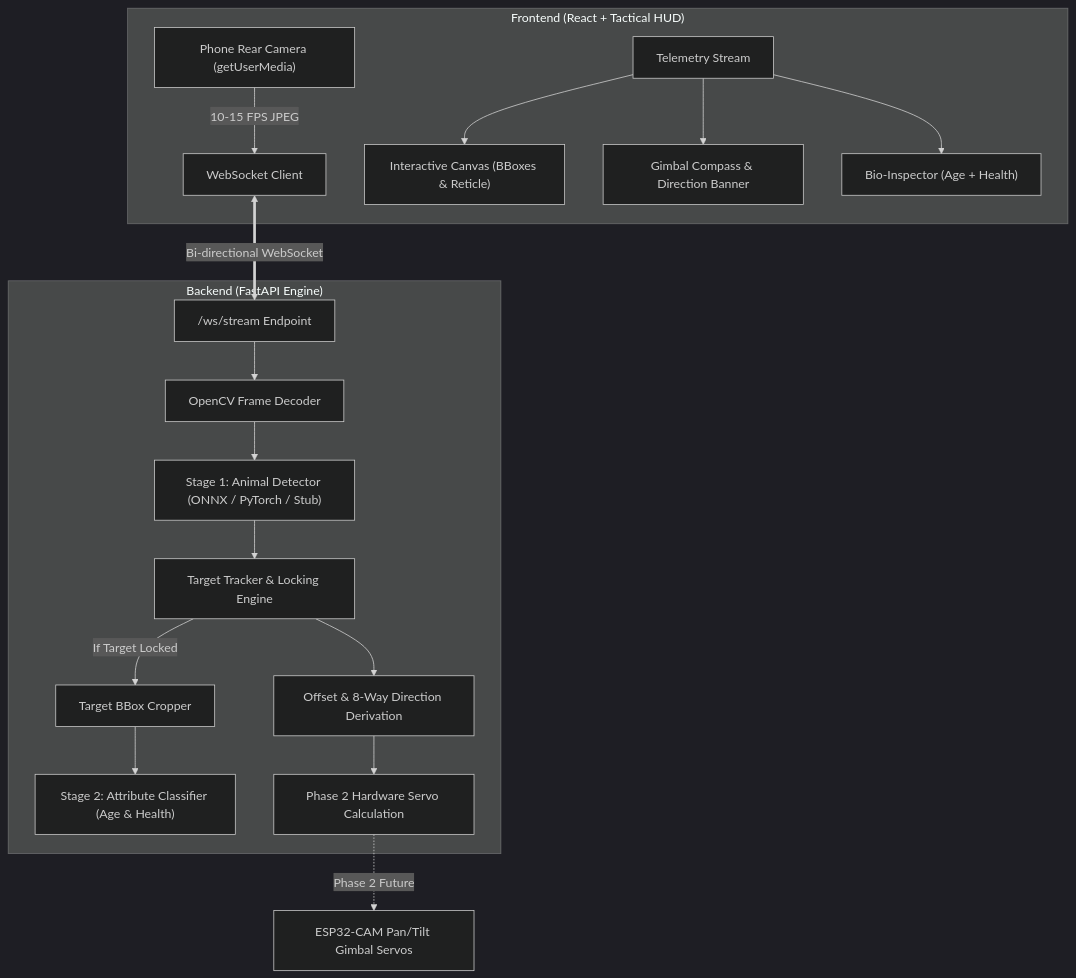
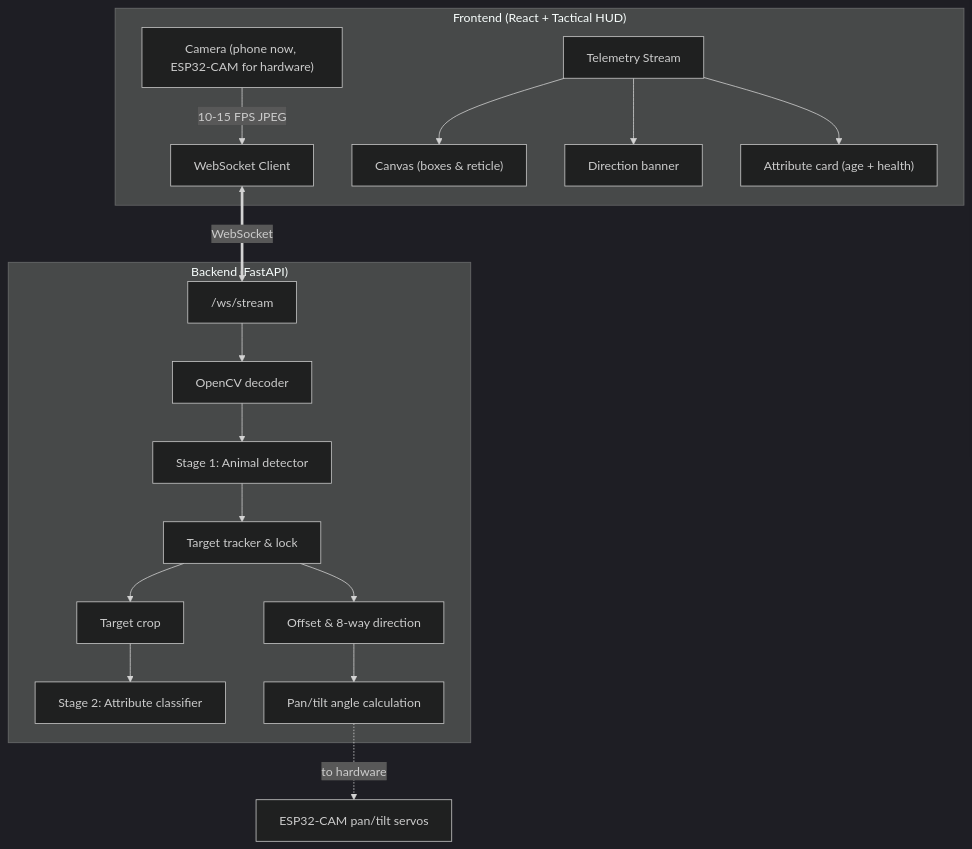
The diagram in README.md (mrityunjayspidy-sys/DEADLOCK_DEFIERS), drawn with Mermaid (dark theme) before and after one commit. The commit also changed other lines of this file, not shown here.

````diff
--- a/README.md
+++ b/README.md
@@ -15,22 +47,20 @@
 ```mermaid
 flowchart TD
     subgraph Frontend ["Frontend (React + Tactical HUD)"]
-        CAM["Phone Rear Camera (getUserMedia)"] -->|10-15 FPS JPEG| WS_TX["WebSocket Client"]
-        WS_RX["Telemetry Stream"] --> OVERLAY["Interactive Canvas (BBoxes & Reticle)"]
-        WS_RX --> HUD["Gimbal Compass & Direction Banner"]
-        WS_RX --> STAGE2_CARD["Bio-Inspector (Age + Health)"]
+        CAM["Camera (phone now, ESP32-CAM for hardware)"] -->|10-15 FPS JPEG| WS_TX["WebSocket Client"]
+        WS_RX["Telemetry Stream"] --> OVERLAY["Canvas (boxes & reticle)"]
+        WS_RX --> HUD["Direction banner"]
+        WS_RX --> STAGE2_CARD["Attribute card (age + health)"]
     end
-
-    subgraph Backend ["Backend (FastAPI Engine)"]
-        WS_EP["/ws/stream Endpoint"] --> DEC["OpenCV Frame Decoder"]
-        DEC --> S1["Stage 1: Animal Detector (ONNX / PyTorch / Stub)"]
-        S1 --> TRK["Target Tracker & Locking Engine"]
-        TRK -->|If Target Locked| CROP["Target BBox Cropper"]
-        CROP --> S2["Stage 2: Attribute Classifier (Age & Health)"]
-        TRK --> OFFSET["Offset & 8-Way Direction Derivation"]
-        OFFSET --> SERVO["Phase 2 Hardware Servo Calculation"]
+    subgraph Backend ["Backend (FastAPI)"]
+        WS_EP["/ws/stream"] --> DEC["OpenCV decoder"]
+        DEC --> S1["Stage 1: Animal detector"]
+        S1 --> TRK["Target tracker & lock"]
+        TRK --> CROP["Target crop"]
+        CROP --> S2["Stage 2: Attribute classifier"]
+        TRK --> OFFSET["Offset & 8-way direction"]
+        OFFSET --> SERVO["Pan/tilt angle calculation"]
     end
-
-    WS_TX <==>|Bi-directional WebSocket| WS_EP
-    SERVO -.->|Phase 2 Future| ESP32["ESP32-CAM Pan/Tilt Gimbal Servos"]
+    WS_TX <==>|WebSocket| WS_EP
+    SERVO -.->|to hardware| ESP32["ESP32-CAM pan/tilt servos"]
 ```
````
